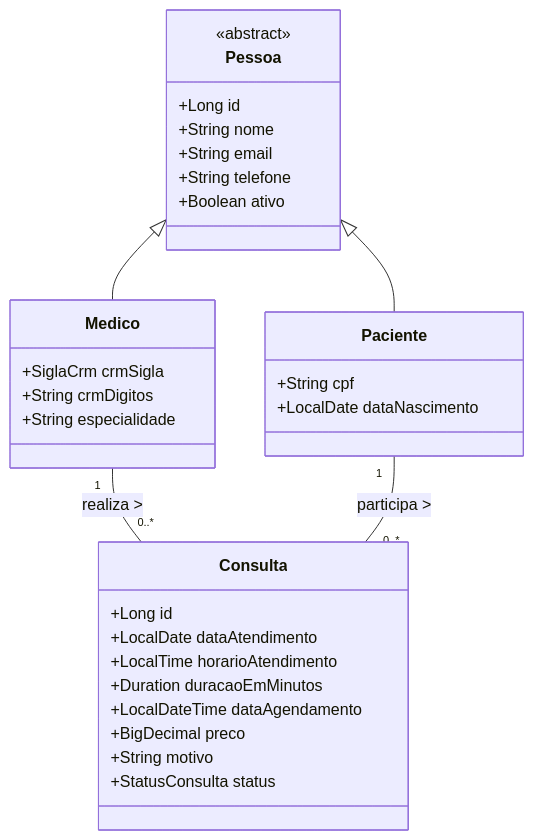
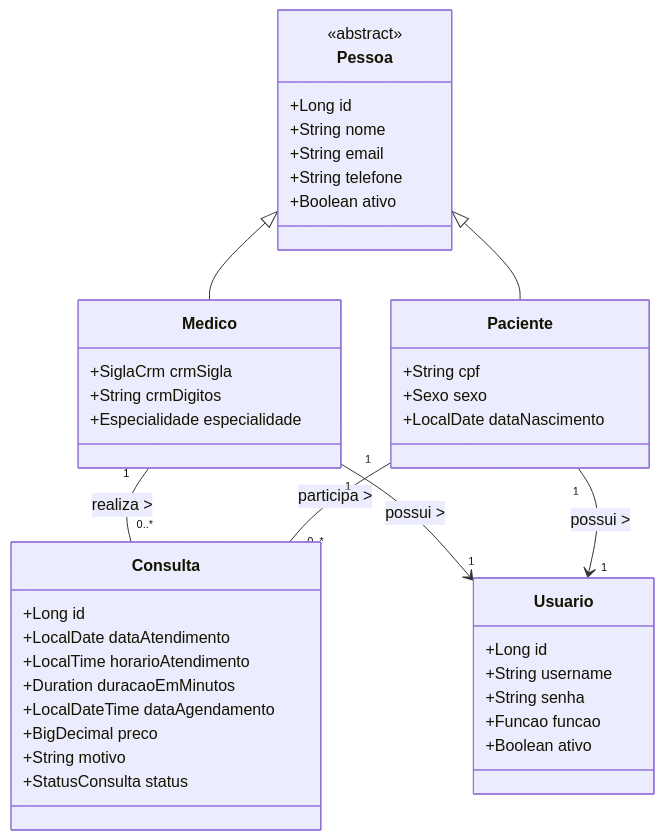
Before and after one commit to wastecoder/spring-api-consultas-medicas: the diagram in README.md, drawn with Mermaid. The commit also changed other lines of this file, not shown here.

````diff
--- a/README.md
+++ b/README.md
@@ -5,39 +15,53 @@
 ```mermaid
 classDiagram
+    %% Classes principais
     class Pessoa {
         <<abstract>>
         +Long id
         +String nome
         +String email
         +String telefone
         +Boolean ativo
     }
 
     class Paciente {
         +String cpf
+        +Sexo sexo
         +LocalDate dataNascimento
     }
 
     class Medico {
         +SiglaCrm crmSigla
         +String crmDigitos
-        +String especialidade
+        +Especialidade especialidade
     }
 
     class Consulta {
         +Long id
         +LocalDate dataAtendimento
         +LocalTime horarioAtendimento
         +Duration duracaoEmMinutos
         +LocalDateTime dataAgendamento
         +BigDecimal preco
         +String motivo
         +StatusConsulta status
     }
 
+    class Usuario {
+        +Long id
+        +String username
+        +String senha
+        +Funcao funcao
+        +Boolean ativo
+    }
+
+    %% Heranças
     Pessoa <|-- Paciente
     Pessoa <|-- Medico
+
+    %% Relacionamentos
     Medico "1" -- "0..*" Consulta : realiza >
     Paciente "1" -- "0..*" Consulta : participa >
-
+    Medico "1" --> "1" Usuario : possui >
+    Paciente "1" --> "1" Usuario : possui >
 ```
````
